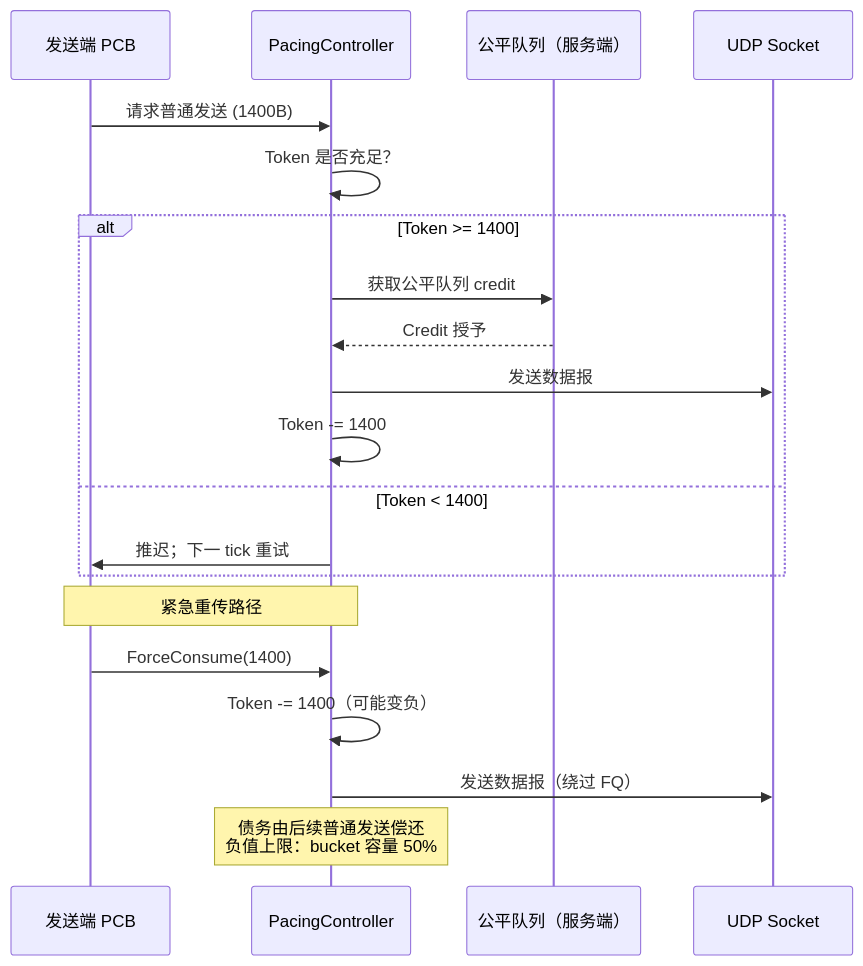
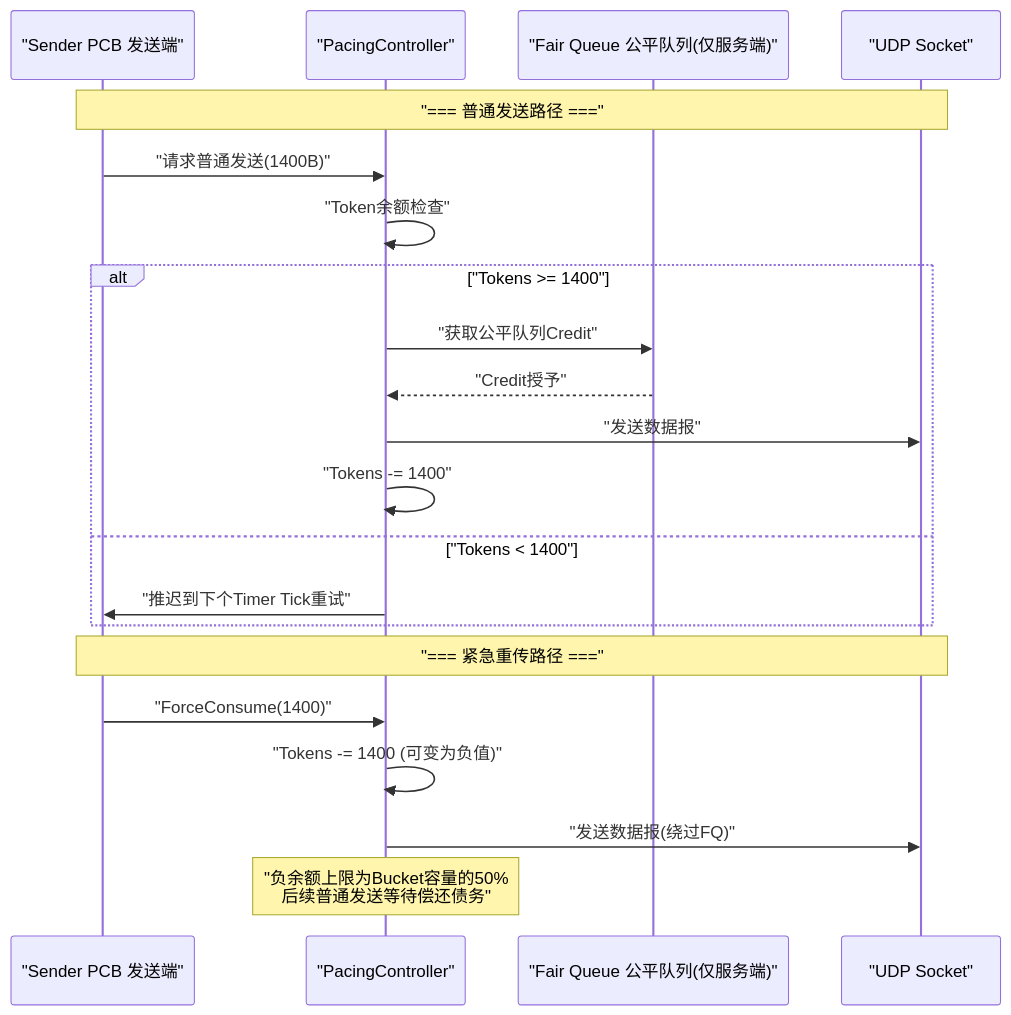
Before and after one commit to liulilittle/ucp: the seventh of 11 diagrams in docs/architecture_CN.md, drawn with Mermaid. The commit also changed other lines of this file and 43 other files, not shown here.

````diff
--- a/docs/architecture_CN.md
+++ b/docs/architecture_CN.md
@@ -273,24 +274,25 @@
 ```mermaid
 sequenceDiagram
-    participant S as 发送端 PCB
-    participant P as PacingController
-    participant FQ as 公平队列（服务端）
-    participant Net as UDP Socket
-
-    S->>P: 请求普通发送 (1400B)
-    P->>P: Token 是否充足？
-    alt Token >= 1400
-        P->>FQ: 获取公平队列 credit
-        FQ-->>P: Credit 授予
-        P->>Net: 发送数据报
-        P->>P: Token -= 1400
-    else Token < 1400
-        P->>S: 推迟；下一 tick 重试
+    participant S as "Sender PCB 发送端"
+    participant P as "PacingController"
+    participant FQ as "Fair Queue 公平队列(仅服务端)"
+    participant Net as "UDP Socket"
+    
+    Note over S,Net: "=== 普通发送路径 ==="
+    S->>P: "请求普通发送(1400B)"
+    P->>P: "Token余额检查"
+    alt "Tokens >= 1400"
+        P->>FQ: "获取公平队列Credit"
+        FQ-->>P: "Credit授予"
+        P->>Net: "发送数据报"
+        P->>P: "Tokens -= 1400"
+    else "Tokens < 1400"
+        P->>S: "推迟到下个Timer Tick重试"
     end
-
-    Note over S,P: 紧急重传路径
-    S->>P: ForceConsume(1400)
-    P->>P: Token -= 1400（可能变负）
-    P->>Net: 发送数据报（绕过 FQ）
-    Note over P: 债务由后续普通发送偿还<br>负值上限：bucket 容量 50%
+    
+    Note over S,Net: "=== 紧急重传路径 ==="
+    S->>P: "ForceConsume(1400)"
+    P->>P: "Tokens -= 1400 (可变为负值)"
+    P->>Net: "发送数据报(绕过FQ)"
+    Note over P: "负余额上限为Bucket容量的50%<br/>后续普通发送等待偿还债务"
 ```
````
